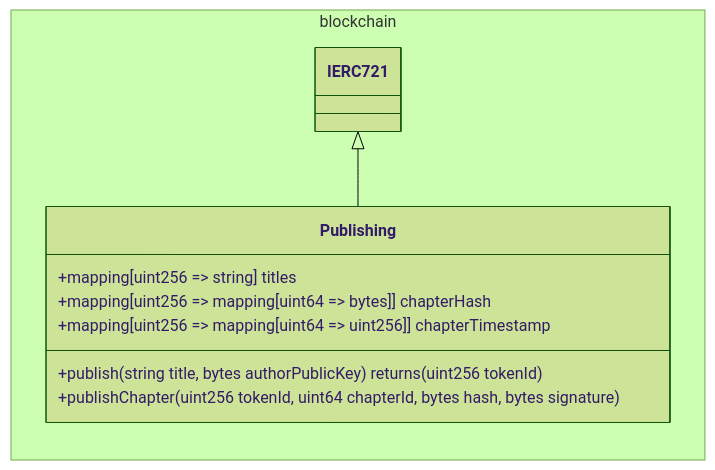
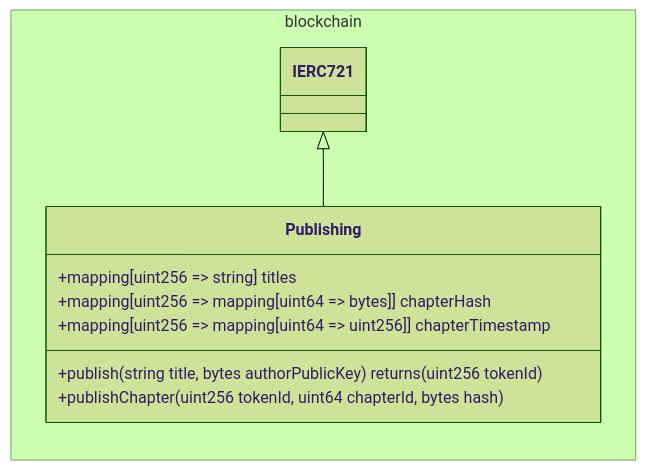
One commit to Kapiszon2343/blockchain-project changed the second of 7 diagrams in ARCHITECTURE.md. Above: the diagram before and after it, drawn with Mermaid (forest theme). The commit also changed other lines of this file and 1 other file, not shown here.

Commit message:
Architecture update

````diff
--- a/ARCHITECTURE.md
+++ b/ARCHITECTURE.md
@@ -65,20 +66,20 @@
 ```mermaid
 classDiagram
 direction RL
     namespace blockchain {
         class IERC721 {
         }
 
         class Publishing {
             +mapping[uint256 => string] titles
             +mapping[uint256 => mapping[uint64 => bytes]] chapterHash
             +mapping[uint256 => mapping[uint64 => uint256]] chapterTimestamp 
 
             +publish(string title, bytes authorPublicKey) returns (uint256 tokenId)
-            +publishChapter(uint256 tokenId, uint64 chapterId, bytes hash, bytes signature)
+            +publishChapter(uint256 tokenId, uint64 chapterId, bytes hash)
         }
 
 	}
     IERC721 <|-- Publishing
     
 ```
````
